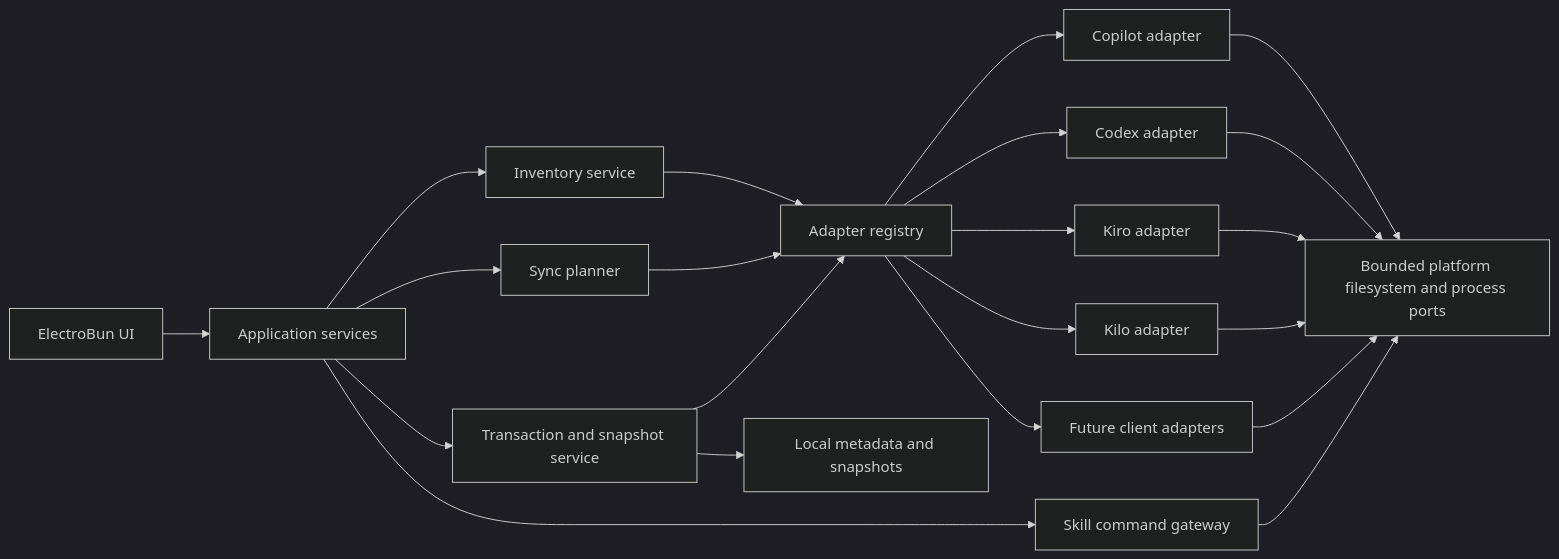
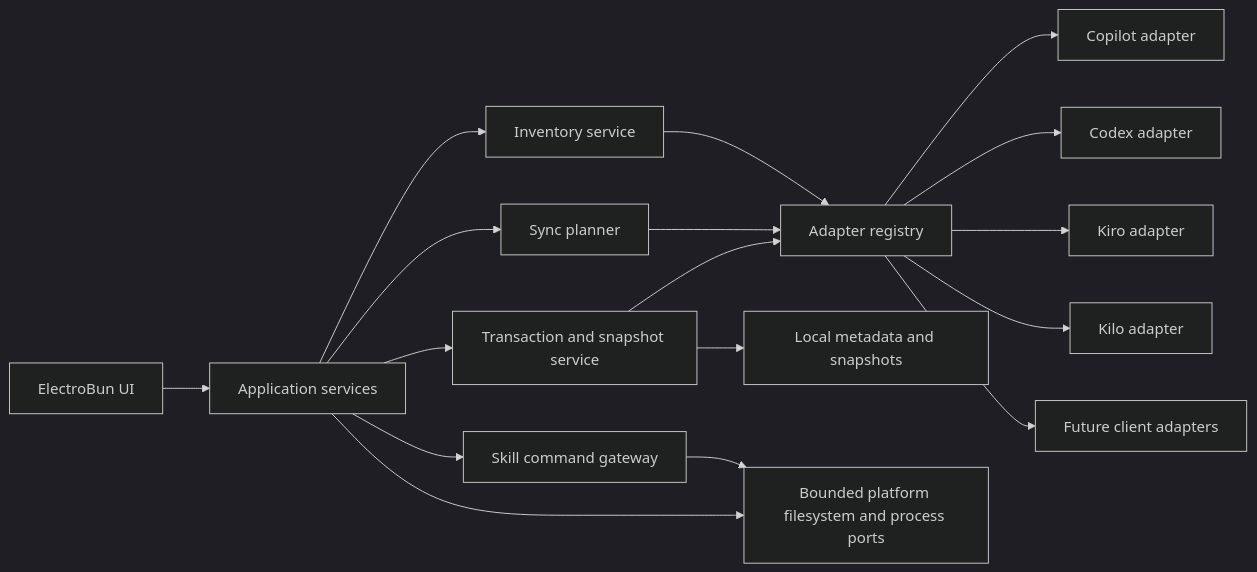
The first of 2 diagrams in docs/baseline/agentmindstudio/agentmindstudio.sourcecode.md (the-khiem7/AgentMindStudio), drawn with Mermaid (dark theme) before and after one commit. The commit also changed other lines of this file and 4 other files, not shown here.

````diff
--- a/docs/baseline/agentmindstudio/agentmindstudio.sourcecode.md
+++ b/docs/baseline/agentmindstudio/agentmindstudio.sourcecode.md
@@ -14,23 +23,19 @@
 ```mermaid
 flowchart LR
     UI["ElectroBun UI"] --> APP["Application services"]
     APP --> INV["Inventory service"]
     APP --> PLAN["Sync planner"]
     APP --> SAFE["Transaction and snapshot service"]
     APP --> INSTALL["Skill command gateway"]
     INV --> REG["Adapter registry"]
     PLAN --> REG
     SAFE --> REG
     REG --> COPILOT["Copilot adapter"]
     REG --> CODEX["Codex adapter"]
     REG --> KIRO["Kiro adapter"]
     REG --> KILO["Kilo adapter"]
     REG --> FUTURE["Future client adapters"]
-    COPILOT --> FS["Bounded platform filesystem and process ports"]
-    CODEX --> FS
-    KIRO --> FS
-    KILO --> FS
-    FUTURE --> FS
+    APP --> FS["Bounded platform filesystem and process ports"]
     SAFE --> META["Local metadata and snapshots"]
     INSTALL --> FS
 ```
````
